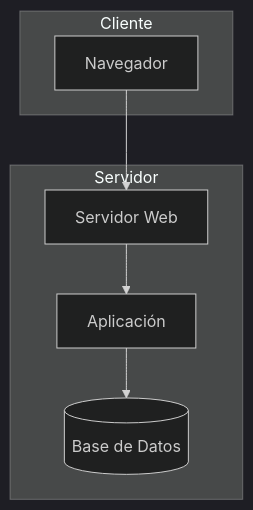
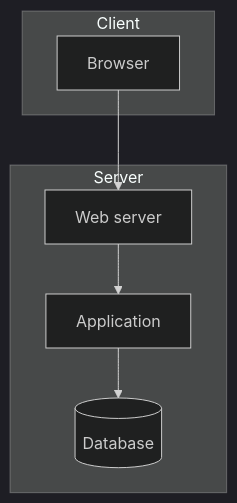
One commit to Daniel50726/Documentacion-Trabajo-de-Grado changed the diagram in architecture/physical-view/view.md. Above: the diagram before and after it, drawn with Mermaid (dark theme). The commit also changed other lines of this file and 20 other files, not shown here.

Commit message:
docs: enrich BDD feature specs, update architecture views, and add AGENTS guide

````diff
--- a/architecture/physical-view/view.md
+++ b/architecture/physical-view/view.md
@@ -23,12 +21,12 @@
 ```mermaid
 graph TD
-    subgraph Cliente
-        B[Navegador]
+    subgraph Client
+        B[Browser]
     end
-    subgraph Servidor
-        W[Servidor Web]
-        A[Aplicación]
-        D[(Base de Datos)]
+    subgraph Server
+        W[Web server]
+        A[Application]
+        D[(Database)]
     end
     B --> W --> A --> D
 ```
````
